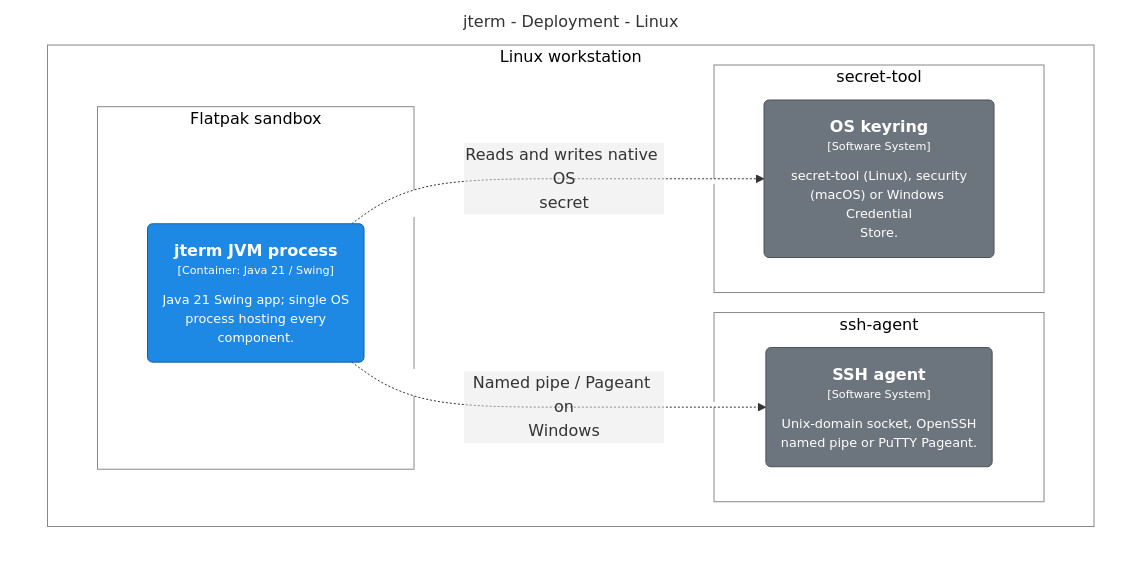
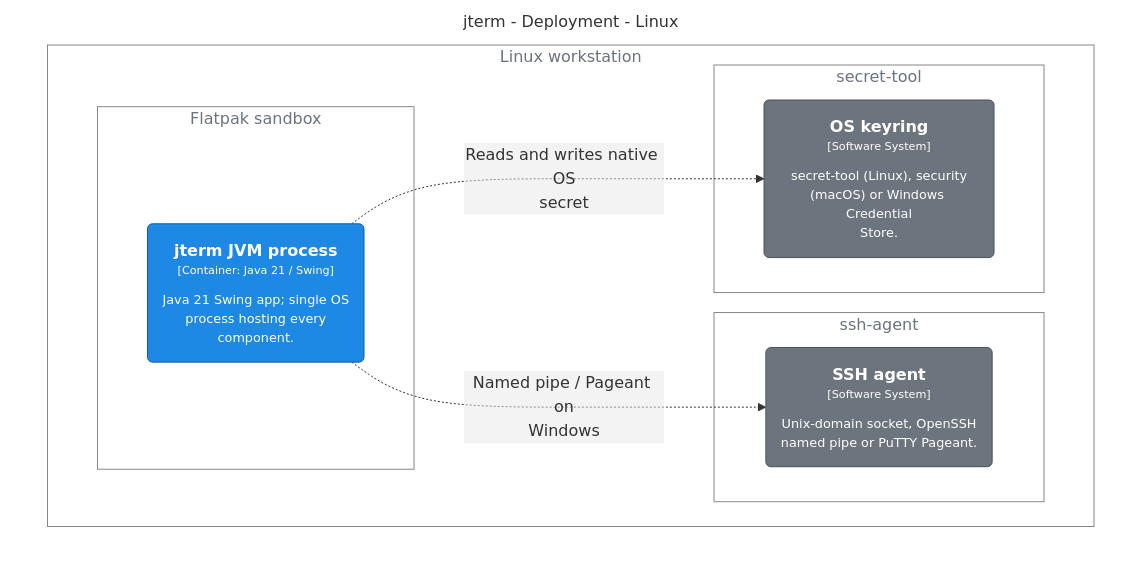
One commit to drecaise/jterm changed the diagram in docs/architecture/model/generated/deployment-linux.mmd. Above: the diagram before and after it, drawn with Mermaid. The commit also changed 14 other files, not shown here.

Commit message:
Added a post processing step  for generating the mermaid diagrams to make them look better.

```diff
--- a/docs/architecture/model/generated/deployment-linux.mmd
+++ b/docs/architecture/model/generated/deployment-linux.mmd
@@ -1,35 +1,35 @@
+%%{init: {'theme':'base','themeVariables':{'edgeLabelBackground':'transparent','lineColor':'#8b95a1','fontFamily':'-apple-system,BlinkMacSystemFont,"Segoe UI",Roboto,Helvetica,Arial,sans-serif','fontSize':'14px'},'flowchart':{'curve':'basis','useMaxWidth':true}}}%%
 graph TB
-  linkStyle default fill:#ffffff
 
   subgraph diagram ["jterm - Deployment - Linux"]
-    style diagram fill:#ffffff,stroke:#ffffff
+    style diagram fill:transparent,stroke:transparent
 
     subgraph 101 [Linux workstation]
-      style 101 fill:#ffffff,stroke:#888888,color:#000000
+      style 101 fill:transparent,stroke:#888888,color:#6b7280
 
       subgraph 102 [Flatpak sandbox]
-        style 102 fill:#ffffff,stroke:#888888,color:#000000
+        style 102 fill:transparent,stroke:#888888,color:#6b7280
 
         103("<div style='font-weight: bold'>jterm JVM process</div><div style='font-size: 70%; margin-top: 0px'>[Container: Java 21 / Swing]</div><div style='font-size: 80%; margin-top:10px'>Java 21 Swing app; single OS<br />process hosting every<br />component.</div>")
         style 103 fill:#1e88e5,stroke:#155fa0,color:#ffffff
       end
 
       subgraph 104 [secret-tool]
-        style 104 fill:#ffffff,stroke:#888888,color:#000000
+        style 104 fill:transparent,stroke:#888888,color:#6b7280
 
         105("<div style='font-weight: bold'>OS keyring</div><div style='font-size: 70%; margin-top: 0px'>[Software System]</div><div style='font-size: 80%; margin-top:10px'>secret-tool (Linux), security<br />(macOS) or Windows Credential<br />Store.</div>")
         style 105 fill:#6c757d,stroke:#4b5157,color:#ffffff
       end
 
       subgraph 107 [ssh-agent]
-        style 107 fill:#ffffff,stroke:#888888,color:#000000
+        style 107 fill:transparent,stroke:#888888,color:#6b7280
 
         108("<div style='font-weight: bold'>SSH agent</div><div style='font-size: 70%; margin-top: 0px'>[Software System]</div><div style='font-size: 80%; margin-top:10px'>Unix-domain socket, OpenSSH<br />named pipe or PuTTY Pageant.</div>")
         style 108 fill:#6c757d,stroke:#4b5157,color:#ffffff
       end
 
     end
 
     103-. "<div>Reads and writes native OS<br />secret</div><div style='font-size: 70%'></div>" .->105
     103-. "<div>Named pipe / Pageant on<br />Windows</div><div style='font-size: 70%'></div>" .->108
   end
```
